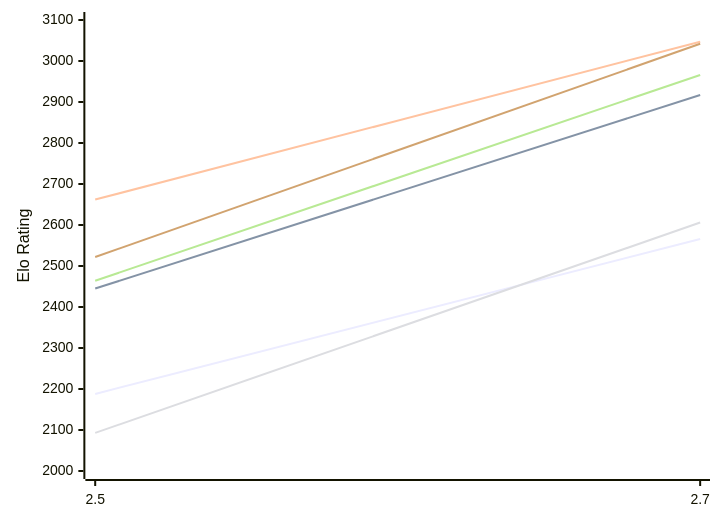
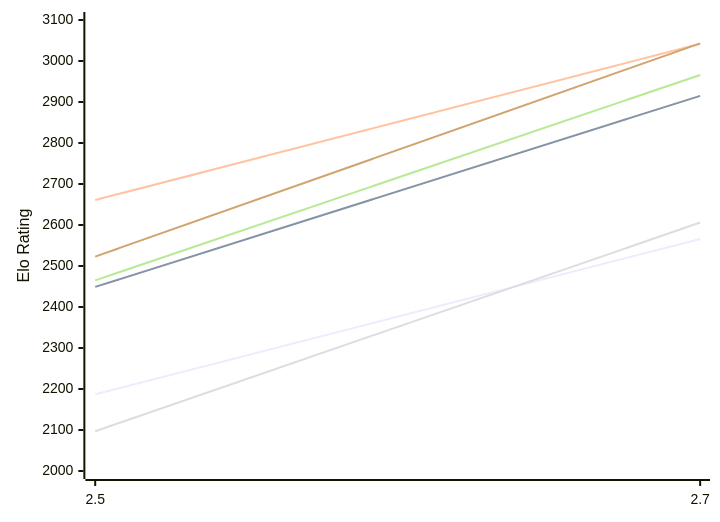
One commit to computer-chess-index/cci changed the first of 2 diagrams in engines/Zevra.md. Above: the diagram before and after it, drawn with Mermaid. The commit also changed other lines of this file, not shown here.

Commit message:
Update CCI Ratings (ELO VLTC) - 2026-11-28

````diff
--- a/engines/Zevra.md
+++ b/engines/Zevra.md
@@ -50,12 +50,12 @@
 ```mermaid
 %%{init: {"theme":"base","themeVariables":{"seriesColors:['#a3a3a3','#222221','#faa371']}}}%%
 xychart-beta
   x-axis ["2.5", "2.7"]
   y-axis "Elo Rating" 2000 --> 3100
-  line "E1: STC (8.0+0.08s)" [2188, 2566]
-  line "E1: LTC (60.0+0.60s)" [2445, 2917]
-  line "E1: VLTC (2m24s+1.12s)" [2662, 3047]
-  line "P1: STC (8.0+0.08s)" [2093, 2606]
-  line "P1: LTC (60.0+0.60s)" [2464, 2966]
-  line "P1: VLTC (2m24s+1.12s)" [2522, 3042]
+  line "E1: STC (8.0+0.08s)" [2187, 2566]
+  line "E1: LTC (60.0+0.60s)" [2449, 2915]
+  line "E1: VLTC (2m24s+1.12s)" [2661, 3042]
+  line "P1: STC (8.0+0.08s)" [2097, 2606]
+  line "P1: LTC (60.0+0.60s)" [2465, 2966]
+  line "P1: VLTC (2m24s+1.12s)" [2523, 3043]
 ```
````
